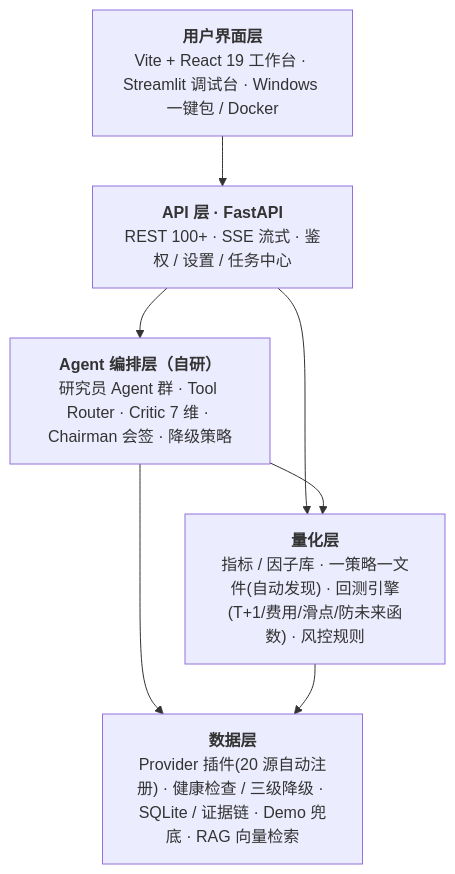
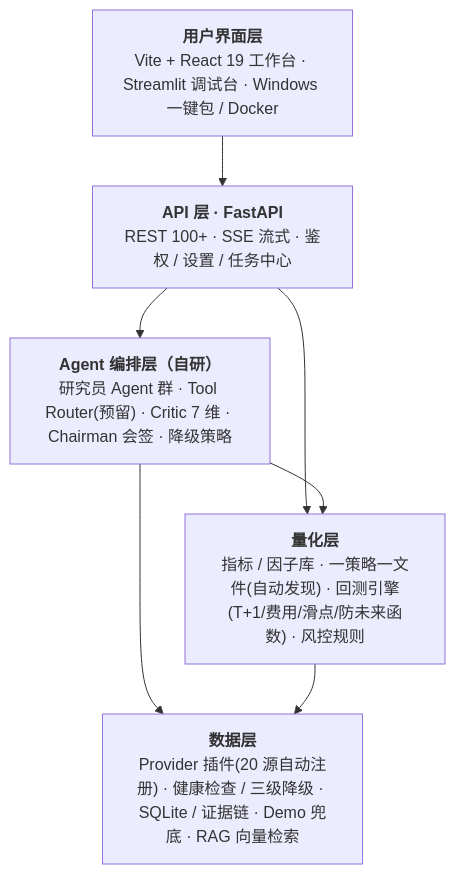
Before and after one commit to TIANWEN-cpu/AlphaScope: the diagram in docs/architecture.md, drawn with Mermaid. The commit also changed other lines of this file and 1 other file, not shown here.

Commit message:
docs: 标注 Tool Router 为预留能力(与实现对齐)
tool_router 模块与单测就绪,但生产编排零调用(get_tool_router 仅测试引用)。
文档此前把它当现役能力宣传,改为如实标注:

- docs/architecture.md:编排层图节点 + 详述均加「预留/未接入默认流程」
- README.md:架构图 Tool Router 加 * 脚注说明

代码保留不动(预留能力),仅修正文档表述。

````diff
--- a/docs/architecture.md
+++ b/docs/architecture.md
@@ -9,13 +9,13 @@
 ```mermaid
 flowchart TB
   UI["<b>用户界面层</b><br/>Vite + React 19 工作台 · Streamlit 调试台 · Windows 一键包 / Docker"]
   API["<b>API 层 · FastAPI</b><br/>REST 100+ · SSE 流式 · 鉴权 / 设置 / 任务中心"]
-  ORCH["<b>Agent 编排层（自研）</b><br/>研究员 Agent 群 · Tool Router · Critic 7 维 · Chairman 会签 · 降级策略"]
+  ORCH["<b>Agent 编排层（自研）</b><br/>研究员 Agent 群 · Tool Router(预留) · Critic 7 维 · Chairman 会签 · 降级策略"]
   QUANT["<b>量化层</b><br/>指标 / 因子库 · 一策略一文件(自动发现) · 回测引擎(T+1/费用/滑点/防未来函数) · 风控规则"]
   DATA["<b>数据层</b><br/>Provider 插件(20 源自动注册) · 健康检查 / 三级降级 · SQLite / 证据链 · Demo 兜底 · RAG 向量检索"]
   UI --> API --> ORCH
   API --> QUANT
   ORCH --> QUANT
   ORCH --> DATA
   QUANT --> DATA
 ```
````
